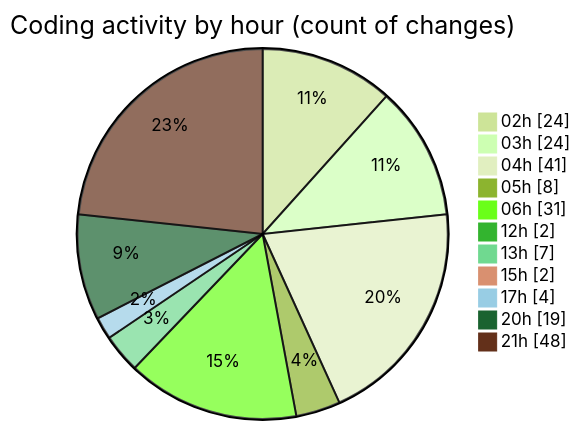
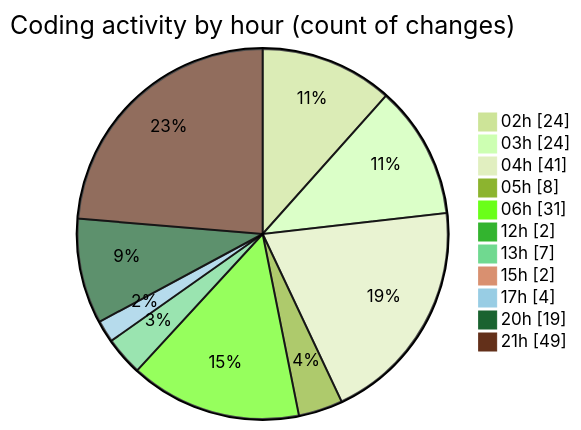
Before and after one commit to lephambinh05/code-tracking: the second of 2 diagrams in 2025-07-23/quanlyrapchieuphim/README.md, drawn with Mermaid (forest theme). The commit also changed other lines of this file and 1 other file, not shown here.

````diff
--- a/2025-07-23/quanlyrapchieuphim/README.md
+++ b/2025-07-23/quanlyrapchieuphim/README.md
@@ -44,15 +44,15 @@
 ```mermaid
 pie showData
 title Coding activity by hour (count of changes)
 "02h" : 24
 "03h" : 24
 "04h" : 41
 "05h" : 8
 "06h" : 31
 "12h" : 2
 "13h" : 7
 "15h" : 2
 "17h" : 4
 "20h" : 19
-"21h" : 48
+"21h" : 49
 ```
````
